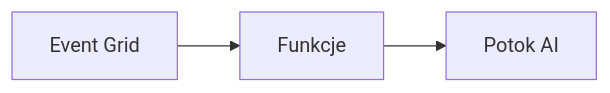
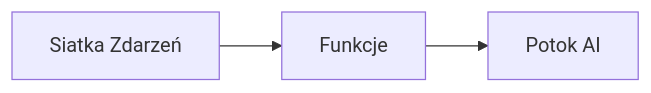
Before and after one commit to microsoft/AZD-for-beginners: the second of 2 diagrams in translations/pl/docs/chapter-08-production/README.md, drawn with Mermaid. The commit also changed other lines of this file and 104 other files, not shown here.

````diff
--- a/translations/pl/docs/chapter-08-production/README.md
+++ b/translations/pl/docs/chapter-08-production/README.md
@@ -56,4 +57,4 @@
 ```mermaid
 graph LR
-    EventGrid[Event Grid] --> Functions[Funkcje] --> Pipeline[Potok AI]
+    EventGrid[Siatka Zdarzeń] --> Functions[Funkcje] --> Pipeline[Potok AI]
 ```
````
